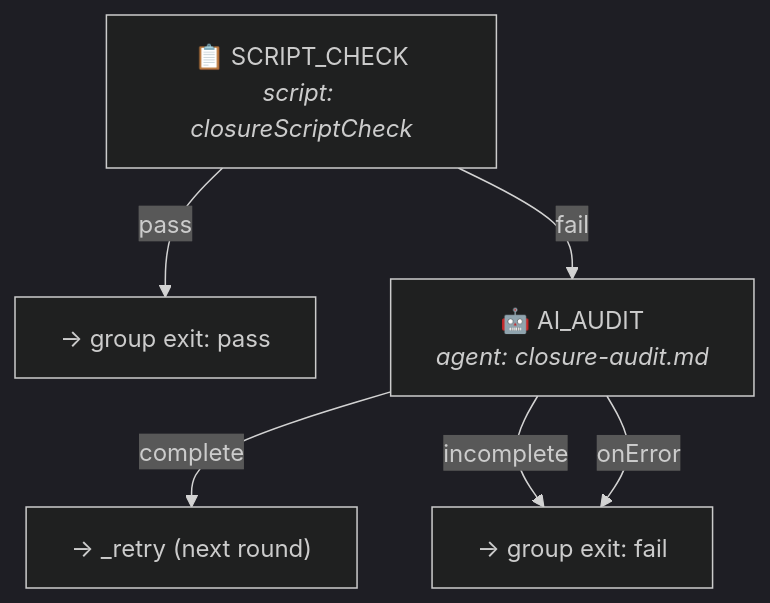
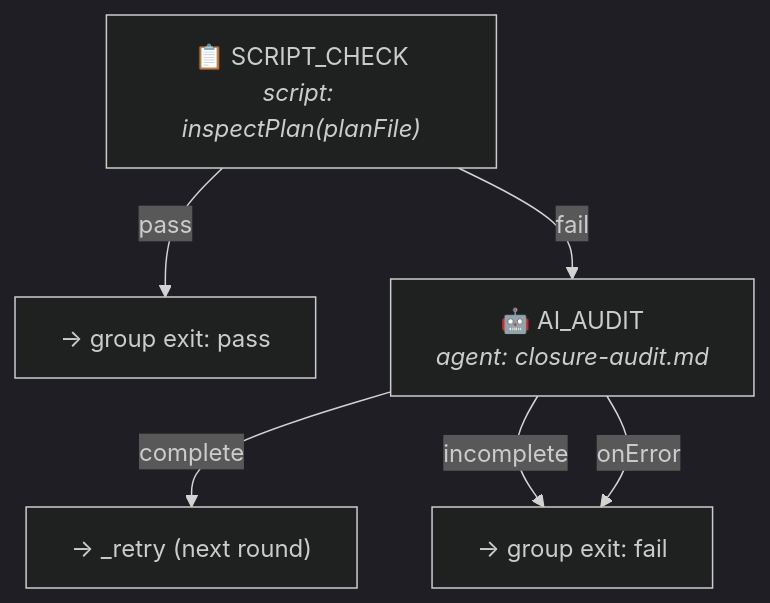
Before and after one commit to entropy-cloud/nop-entropy: the second of 3 diagrams in ai-dev/design/opencode-goal-driver/flow-engine-design.md, drawn with Mermaid (dark theme). The commit also changed other lines of this file and 15 other files, not shown here.

First line of the commit message:
refactor(goal-driver): 重构 flow 结构，修复流程 bug

````diff
--- a/ai-dev/design/opencode-goal-driver/flow-engine-design.md
+++ b/ai-dev/design/opencode-goal-driver/flow-engine-design.md
@@ -459,10 +454,10 @@
 ```mermaid
 flowchart TD
-    CHECK["📋 SCRIPT_CHECK<br/><i>script: closureScriptCheck</i>"]
+    CHECK["📋 SCRIPT_CHECK<br/><i>script: inspectPlan(planFile)</i>"]
     CHECK -->|pass| PASS["→ group exit: pass"]
     CHECK -->|fail| AI["🤖 AI_AUDIT<br/><i>agent: closure-audit.md</i>"]
 
     AI -->|complete| RETRY["→ _retry (next round)"]
     AI -->|incomplete| FAIL["→ group exit: fail"]
     AI -->|onError| FAIL
 ```
````
